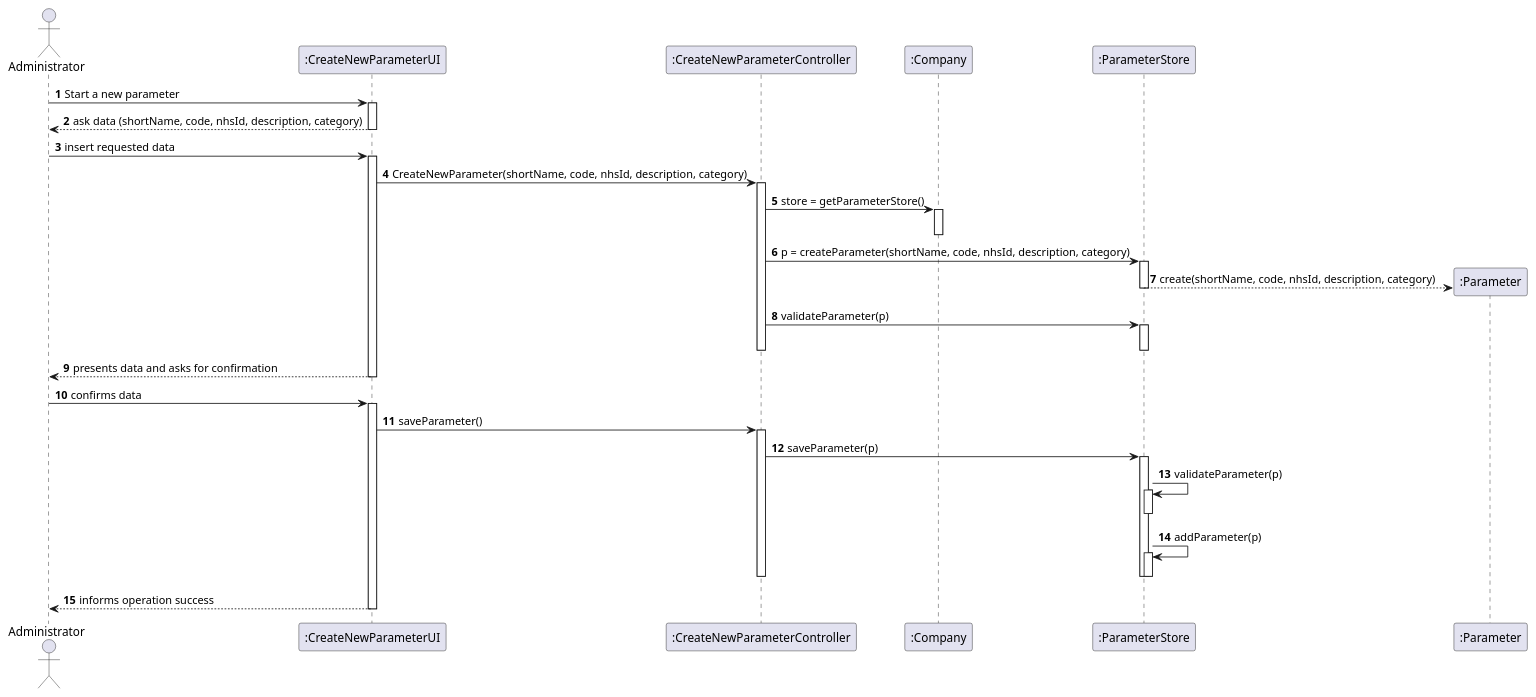
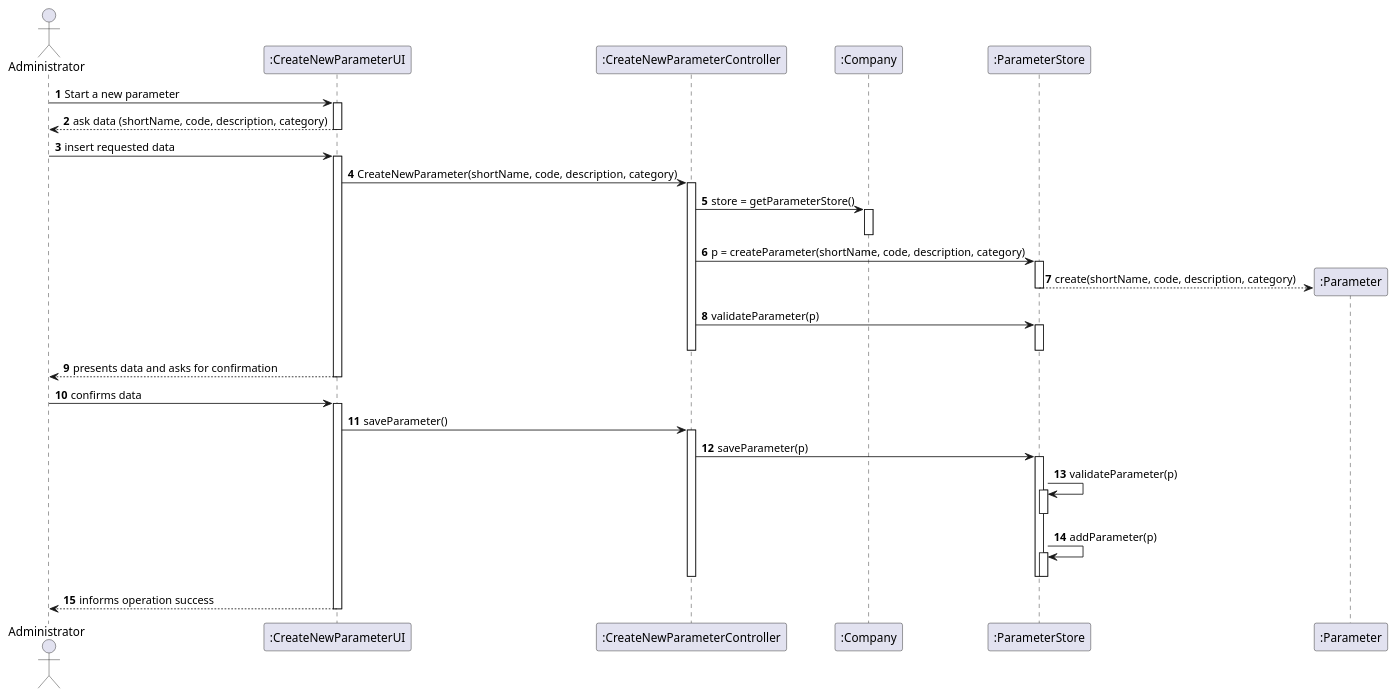
The diagram in docs/SprintB/US10/UC10_SD.puml (GuilhermeCunha79/lapr2), drawn with PlantUML before and after one commit. The commit also changed 8 other files, not shown here.

Commit message:
[US-11] - commit introduces minor changes to the User Story 11 document and all related diagrams [US-10] - commit introduces minor changes to the User Story 10 document and all related diagrams

```diff
--- a/docs/SprintB/US10/UC10_SD.puml
+++ b/docs/SprintB/US10/UC10_SD.puml
@@ -1,52 +1,52 @@
 @startuml
 autonumber
-'hide footbox
+
 actor "Administrator" as ADMIN
 
 participant ":CreateNewParameterUI" as UI
 participant ":CreateNewParameterController" as CTRL
 participant ":Company" as COMP
 participant ":ParameterStore" as PS
 participant ":Parameter" as P
 
 
 
 ADMIN -> UI : Start a new parameter
 activate UI
-UI --> ADMIN : ask data (shortName, code, nhsId, description, category)
+UI --> ADMIN : ask data (shortName, code, description, category)
 deactivate UI
 ADMIN -> UI : insert requested data
 activate UI
-    UI -> CTRL : CreateNewParameter(shortName, code, nhsId, description, category)
+    UI -> CTRL : CreateNewParameter(shortName, code, description, category)
     activate CTRL
         CTRL -> COMP : store = getParameterStore()
         activate COMP
         deactivate COMP
-        CTRL -> PS : p = createParameter(shortName, code, nhsId, description, category)
+        CTRL -> PS : p = createParameter(shortName, code, description, category)
         activate PS
-            PS --> P** : create(shortName, code, nhsId, description, category)
+            PS --> P** : create(shortName, code, description, category)
         deactivate PS
         CTRL -> PS : validateParameter(p)
         activate PS
         deactivate PS
     deactivate CTRL
     UI --> ADMIN : presents data and asks for confirmation
 deactivate UI
 ADMIN -> UI : confirms data
 activate UI
     UI -> CTRL : saveParameter()
     activate CTRL
         CTRL -> PS : saveParameter(p)
         activate PS
             PS -> PS : validateParameter(p)
             activate PS
             deactivate PS
             PS -> PS : addParameter(p)
             activate PS
             deactivate PS
         deactivate PS
     deactivate CTRL
     UI --> ADMIN : informs operation success
 deactivate UI
 
 @enduml
```
